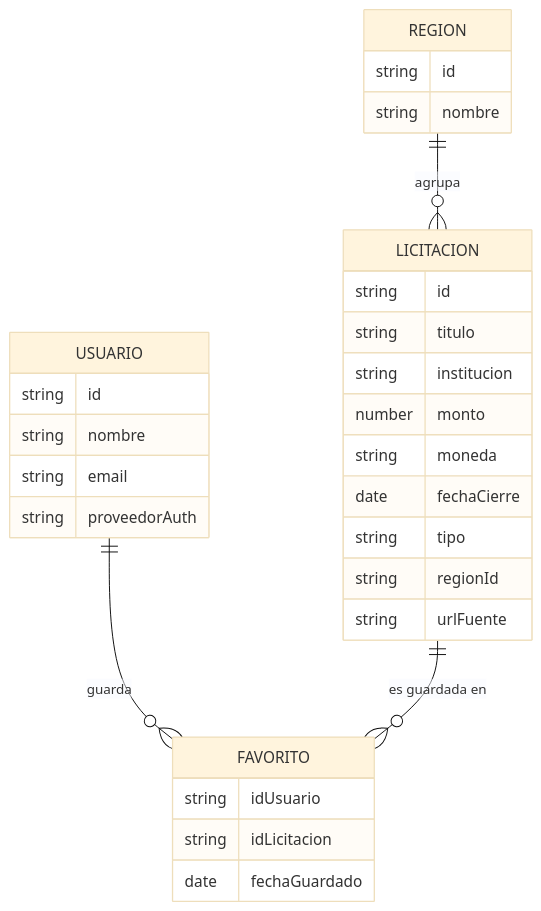
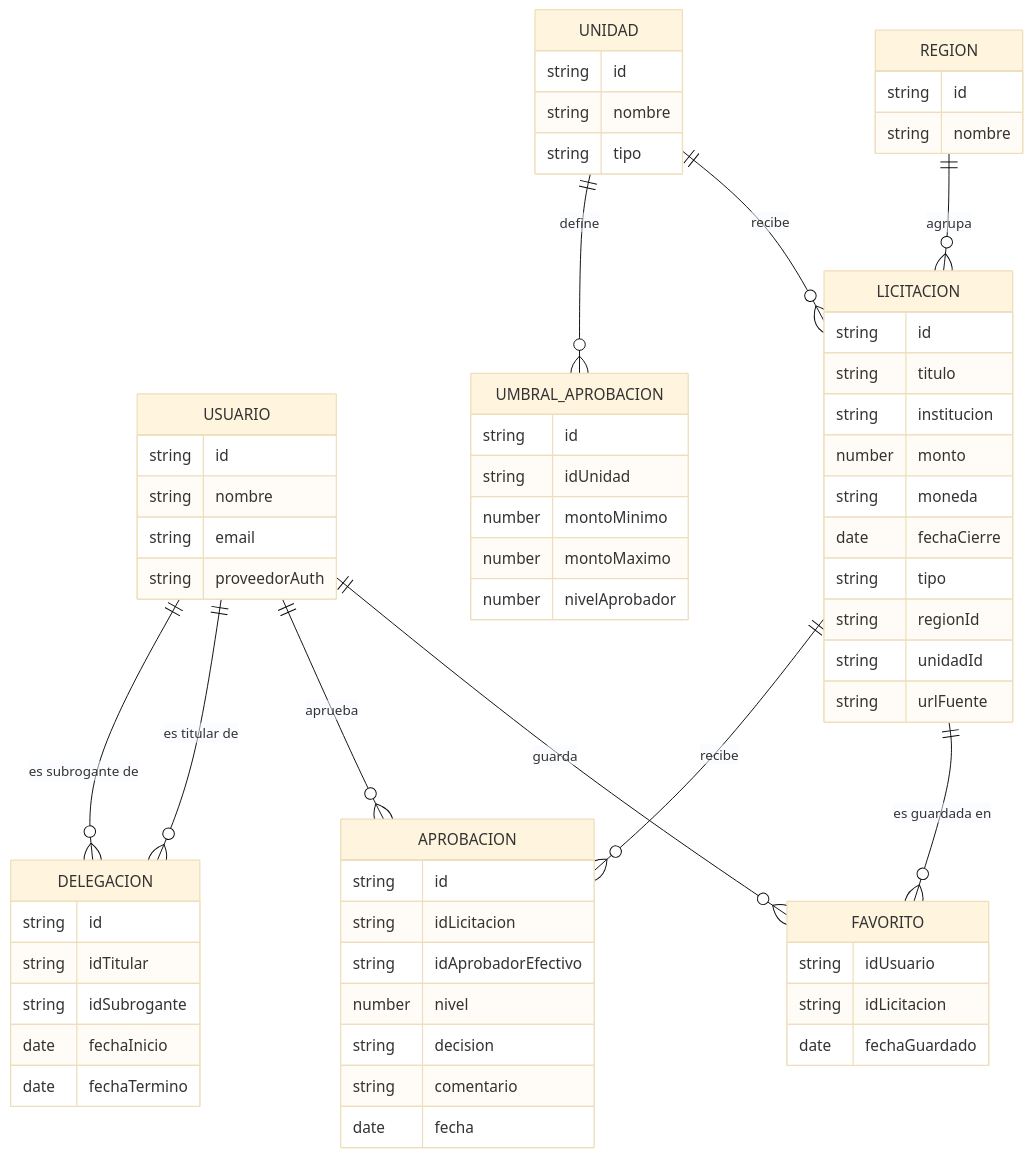
The diagram in README.md (Wilson-Jara/LicitacionesUV), drawn with Mermaid (base theme) before and after one commit. The commit also changed other lines of this file, not shown here.

Commit message:
Agrega entidades de aprobaciones al ER del README (CR-302)

````diff
--- a/README.md
+++ b/README.md
@@ -69,32 +78,67 @@
 ```mermaid
 erDiagram
     USUARIO ||--o{ FAVORITO : guarda
     LICITACION ||--o{ FAVORITO : "es guardada en"
     REGION ||--o{ LICITACION : agrupa
+    UNIDAD ||--o{ LICITACION : recibe
+    UNIDAD ||--o{ UMBRAL_APROBACION : define
+    USUARIO ||--o{ APROBACION : aprueba
+    LICITACION ||--o{ APROBACION : recibe
+    USUARIO ||--o{ DELEGACION : "es titular de"
+    USUARIO ||--o{ DELEGACION : "es subrogante de"
     USUARIO {
         string id
         string nombre
         string email
         string proveedorAuth
     }
     LICITACION {
         string id
         string titulo
         string institucion
         number monto
         string moneda
         date fechaCierre
         string tipo
         string regionId
+        string unidadId
         string urlFuente
     }
     FAVORITO {
         string idUsuario
         string idLicitacion
         date fechaGuardado
     }
     REGION {
         string id
         string nombre
     }
+    UNIDAD {
+        string id
+        string nombre
+        string tipo
+    }
+    APROBACION {
+        string id
+        string idLicitacion
+        string idAprobadorEfectivo
+        number nivel
+        string decision
+        string comentario
+        date fecha
+    }
+    DELEGACION {
+        string id
+        string idTitular
+        string idSubrogante
+        date fechaInicio
+        date fechaTermino
+    }
+    UMBRAL_APROBACION {
+        string id
+        string idUnidad
+        number montoMinimo
+        number montoMaximo
+        number nivelAprobador
+    }
 ```
````
